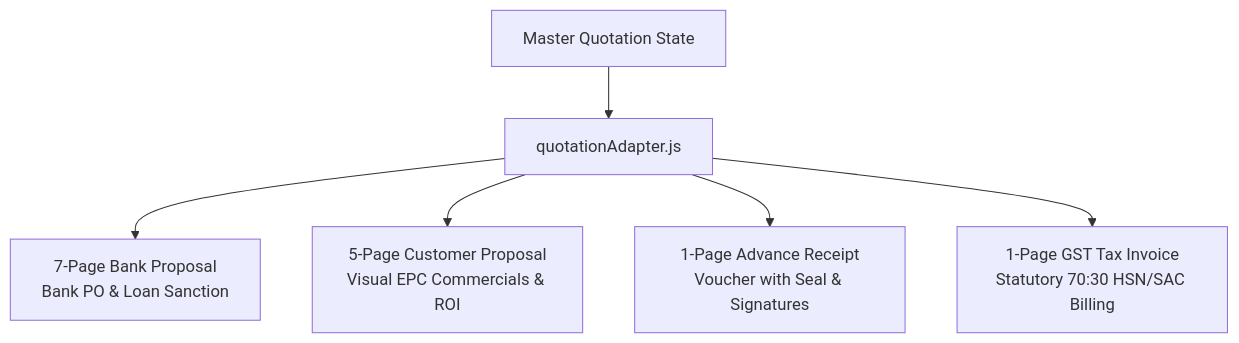
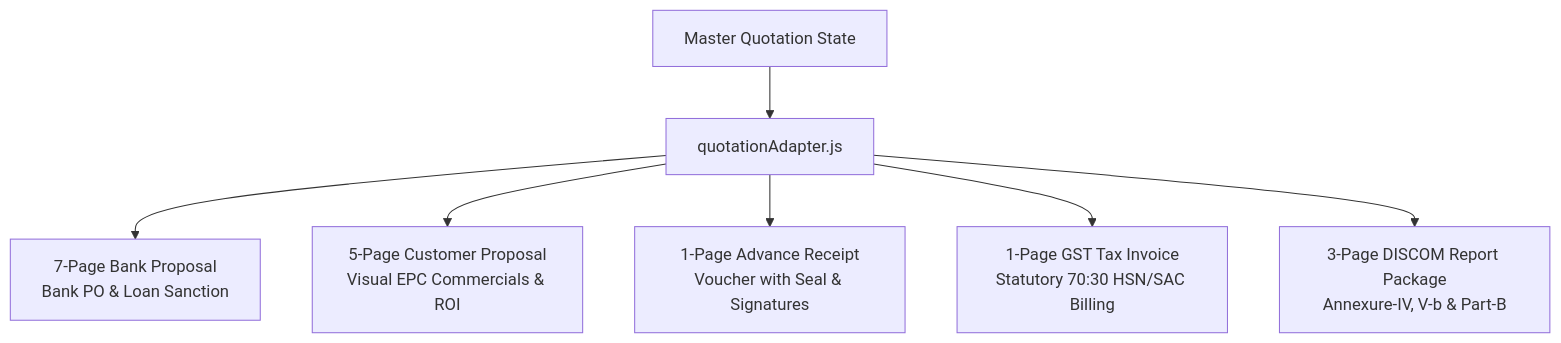
Before and after one commit to raambow-co/ssquotabankgen: the first of 2 diagrams in README.md, drawn with Mermaid. The commit also changed other lines of this file and 9 other files, not shown here.

Commit message:
feat(discom): add 3-page DISCOM synchronization package (Annexure-Vb, Part-B, Annexure-IV) and DISCOM_REPORT.xlsx generator

````diff
--- a/README.md
+++ b/README.md
@@ -50,8 +51,9 @@
 ```mermaid
 flowchart TD
     State[Master Quotation State] --> Engine[quotationAdapter.js]
     Engine --> Doc1[7-Page Bank Proposal<br/>Bank PO & Loan Sanction]
     Engine --> Doc2[5-Page Customer Proposal<br/>Visual EPC Commercials & ROI]
     Engine --> Doc3[1-Page Advance Receipt<br/>Voucher with Seal & Signatures]
     Engine --> Doc4[1-Page GST Tax Invoice<br/>Statutory 70:30 HSN/SAC Billing]
+    Engine --> Doc5[3-Page DISCOM Report Package<br/>Annexure-IV, V-b & Part-B]
 ```
````
